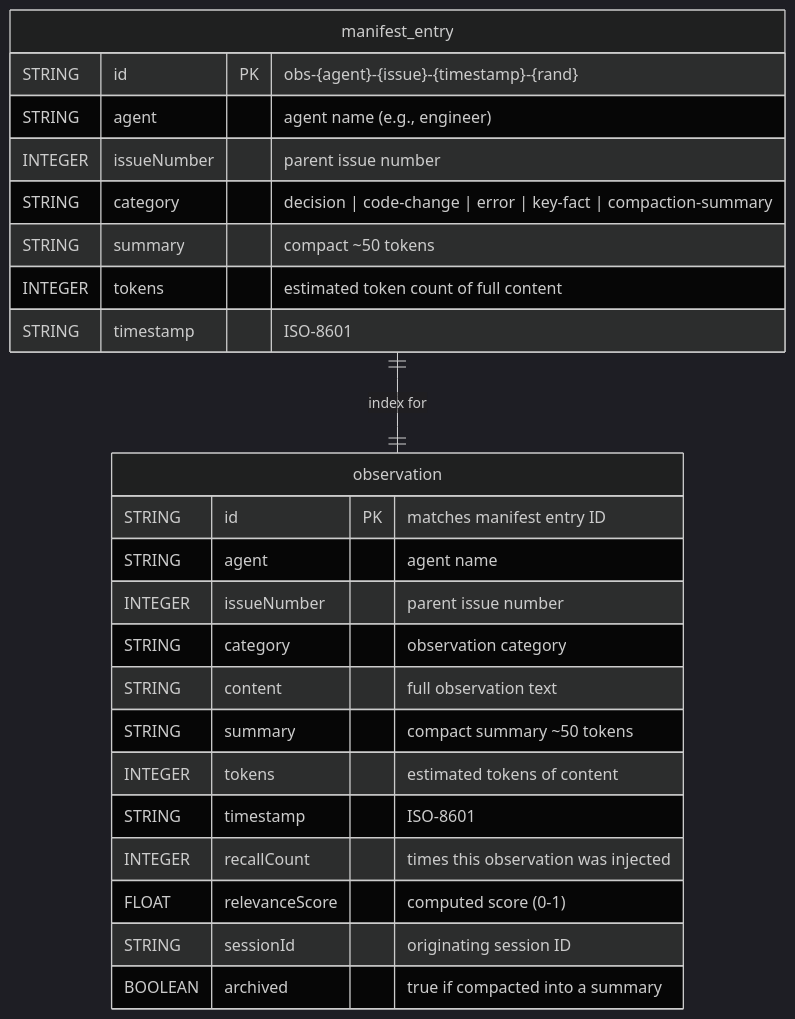
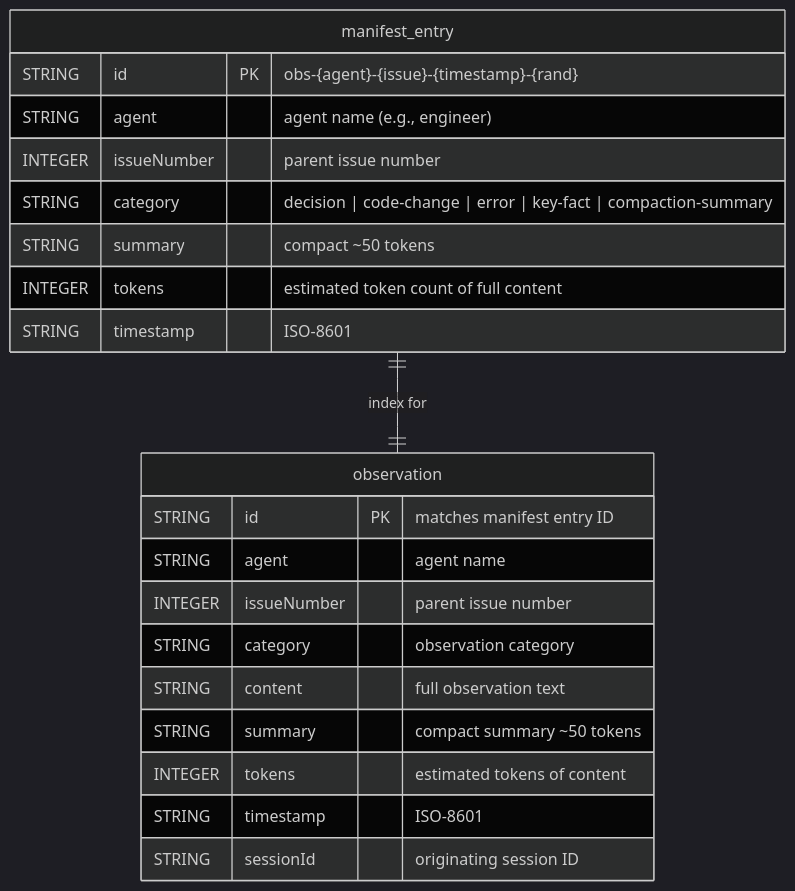
Before and after one commit to jnPiyush/AgentX: the seventh of 16 diagrams in docs/specs/SPEC-29.md, drawn with Mermaid (dark theme). The commit also changed other lines of this file and 2 other files, not shown here.

Commit message:
refactor: simplify memory pipeline scope for MVP -- close open questions, trim Phase 1 interface, split Phase 2 (#29)

````diff
--- a/docs/specs/SPEC-29.md
+++ b/docs/specs/SPEC-29.md
@@ -454,29 +463,27 @@
 ```mermaid
 erDiagram
     manifest_entry {
         STRING id PK "obs-{agent}-{issue}-{timestamp}-{rand}"
         STRING agent "agent name (e.g., engineer)"
         INTEGER issueNumber "parent issue number"
         STRING category "decision | code-change | error | key-fact | compaction-summary"
         STRING summary "compact ~50 tokens"
         INTEGER tokens "estimated token count of full content"
         STRING timestamp "ISO-8601"
     }
 
     observation {
         STRING id PK "matches manifest entry ID"
         STRING agent "agent name"
         INTEGER issueNumber "parent issue number"
         STRING category "observation category"
         STRING content "full observation text"
         STRING summary "compact summary ~50 tokens"
         INTEGER tokens "estimated tokens of content"
         STRING timestamp "ISO-8601"
-        INTEGER recallCount "times this observation was injected"
-        FLOAT relevanceScore "computed score (0-1)"
         STRING sessionId "originating session ID"
-        BOOLEAN archived "true if compacted into a summary"
     }
+    %% Phase 3 additions: recallCount INTEGER, relevanceScore FLOAT, archived BOOLEAN
 
     manifest_entry ||--|| observation : "index for"
 ```
````
